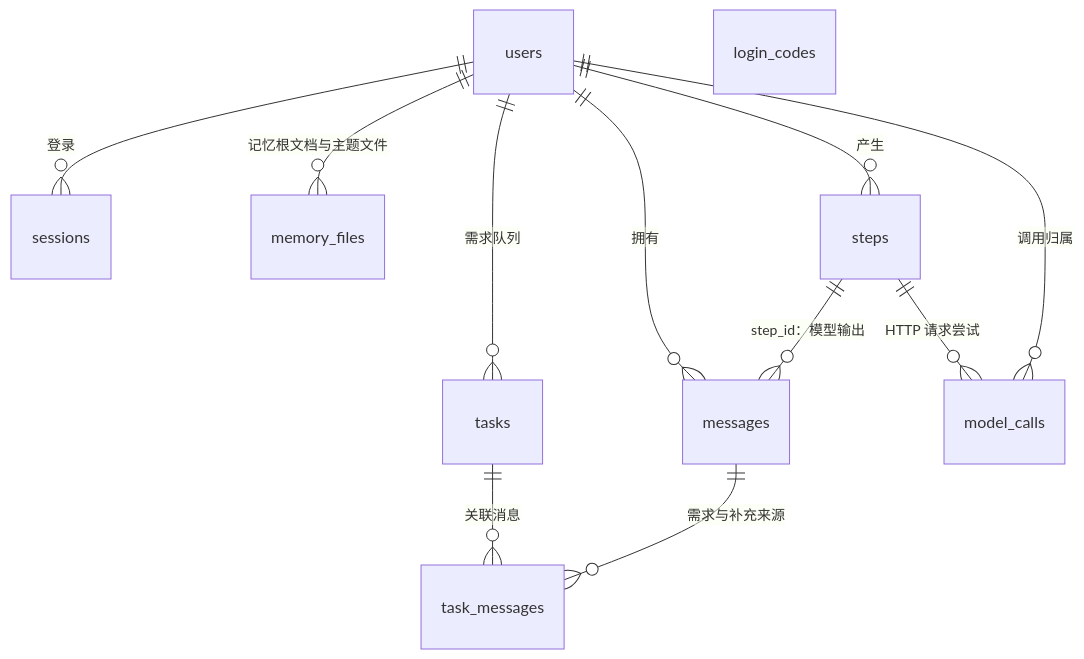
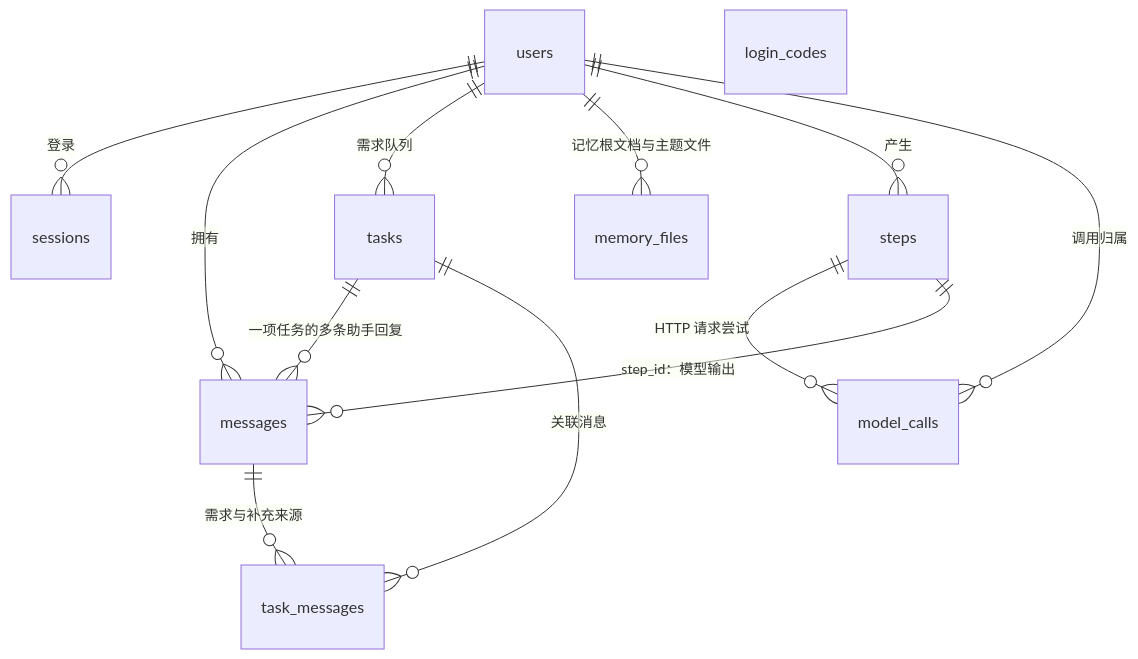
One commit to OmniNetOpensource/aether-personal changed the diagram in docs/wiki/02-data-model.md. Above: the diagram before and after it, drawn with Mermaid. The commit also changed other lines of this file and 15 other files, not shown here.

````diff
--- a/docs/wiki/02-data-model.md
+++ b/docs/wiki/02-data-model.md
@@ -17,14 +17,15 @@
 ```mermaid
 erDiagram
     users ||--o{ sessions : "登录"
     users ||--o{ messages : "拥有"
     users ||--o{ tasks : "需求队列"
+    tasks ||--o{ messages : "一项任务的多条助手回复"
     tasks ||--o{ task_messages : "关联消息"
     messages ||--o{ task_messages : "需求与补充来源"
     users ||--o{ memory_files : "记忆根文档与主题文件"
     users ||--o{ steps : "产生"
     steps ||--o{ model_calls : "HTTP 请求尝试"
     users ||--o{ model_calls : "调用归属"
     steps ||--o{ messages : "step_id：模型输出"
     login_codes
 ```
````
